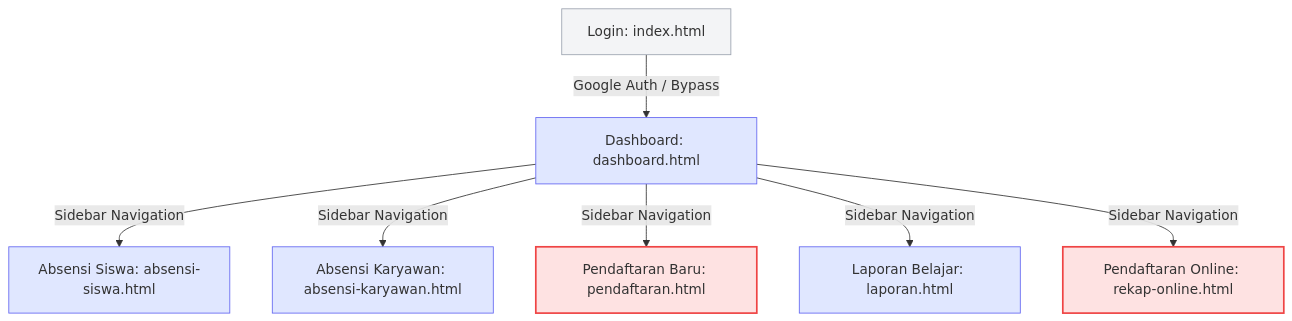
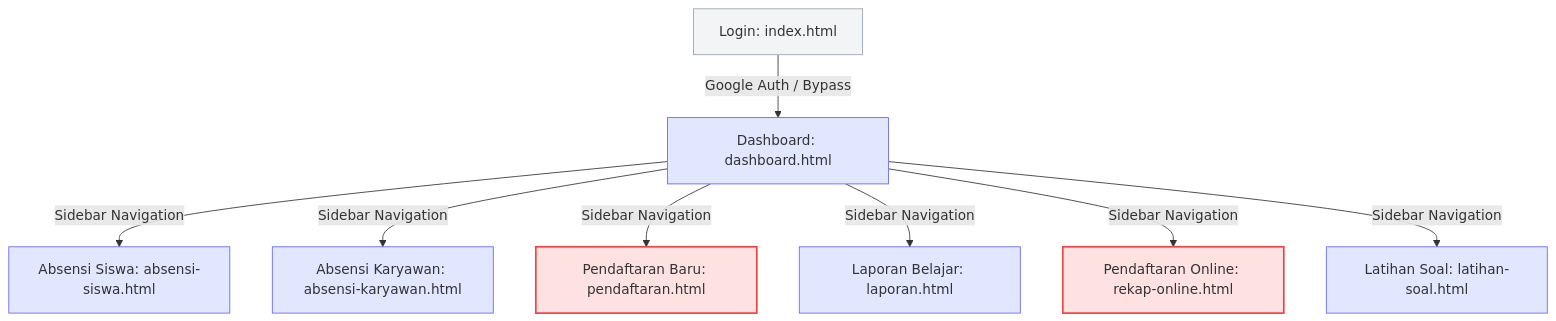
The first of 3 diagrams in doc/IA.md (YukenStore/LKP-INSAN-JAYA), drawn with Mermaid before and after one commit. The commit also changed other lines of this file and 5 other files, not shown here.

Commit message:
menambahkan fitur latihan soal yang berisi tryout berdasarkan mata pelajaran

````diff
--- a/doc/IA.md
+++ b/doc/IA.md
@@ -12,23 +12,25 @@
 ```mermaid
 graph TD
     Login[Login: index.html] -->|Google Auth / Bypass| Dashboard[Dashboard: dashboard.html]
     
     Dashboard -->|Sidebar Navigation| AbsensiSiswa[Absensi Siswa: absensi-siswa.html]
     Dashboard -->|Sidebar Navigation| AbsensiKaryawan[Absensi Karyawan: absensi-karyawan.html]
     Dashboard -->|Sidebar Navigation| PendaftaranBaru[Pendaftaran Baru: pendaftaran.html]
     Dashboard -->|Sidebar Navigation| LaporanBelajar[Laporan Belajar: laporan.html]
     Dashboard -->|Sidebar Navigation| RekapOnline[Pendaftaran Online: rekap-online.html]
+    Dashboard -->|Sidebar Navigation| LatihanSoal[Latihan Soal: latihan-soal.html]
     
     %% Hak Akses Pembatasan
     classDef adminOnly fill:#fee2e2,stroke:#ef4444,stroke-width:2px;
     classDef public fill:#f3f4f6,stroke:#9ca3af,stroke-width:1px;
     classDef staff fill:#e0e7ff,stroke:#6366f1,stroke-width:1px;
     
     class Login public;
     class Dashboard staff;
     class AbsensiSiswa staff;
     class AbsensiKaryawan staff;
     class LaporanBelajar staff;
+    class LatihanSoal staff;
     class PendaftaranBaru adminOnly;
     class RekapOnline adminOnly;
 ```
````
